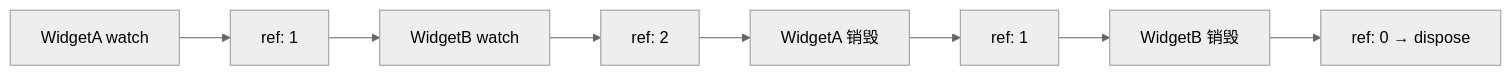
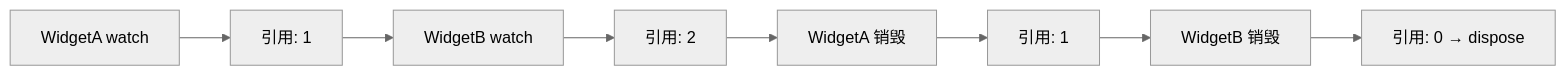
One commit to lwj1994/flutter_view_model changed the diagram in packages/view_model/README_ZH.md. Above: the diagram before and after it, drawn with Mermaid (neutral theme). The commit also changed other lines of this file and 7 other files, not shown here.

````diff
--- a/packages/view_model/README_ZH.md
+++ b/packages/view_model/README_ZH.md
@@ -282,10 +256,10 @@
 ```mermaid
 graph LR
-    A[WidgetA watch] --> B[ref: 1]
+    A[WidgetA watch] --> B[引用: 1]
     B --> C[WidgetB watch]
-    C --> D[ref: 2]
+    C --> D[引用: 2]
     D --> E[WidgetA 销毁]
-    E --> F[ref: 1]
+    E --> F[引用: 1]
     F --> G[WidgetB 销毁]
-    G --> H[ref: 0 → dispose]
+    G --> H[引用: 0 → dispose]
 ```
````
